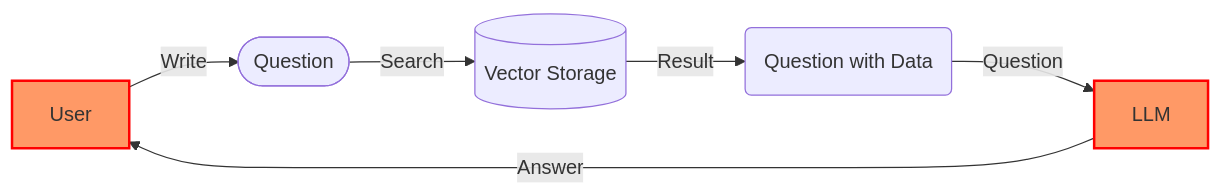
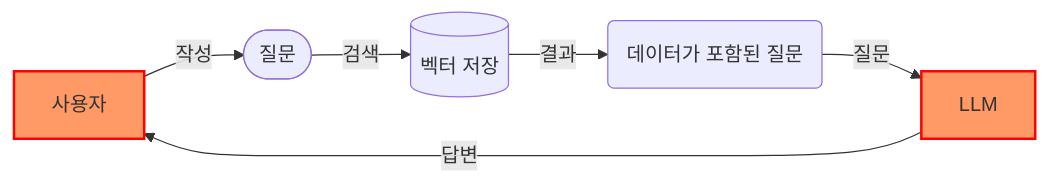
The diagram in ko/realbits/overview.md (realbits-lab/gitbook), drawn with Mermaid before and after one commit. The commit also changed other lines of this file, not shown here.

Commit message:
💬Generate LLM translations

````diff
--- a/ko/realbits/overview.md
+++ b/ko/realbits/overview.md
@@ -17,11 +17,11 @@
 ```mermaid
 graph LR
   style U fill:#f96,stroke:#f00,stroke-width:2px
   style L fill:#f96,stroke:#f00,stroke-width:2px
 
-  U["User"] -->|Write|Q(["Question"])
-  Q -->|Search|V[("Vector Storage")]
-  V -->|Result|T("Question with Data")
-  T -->|Question|L["LLM"]
-  L -->|Answer|U
+  U["사용자"] -->|작성|Q(["질문"])
+  Q -->|검색|V[("벡터 저장")]
+  V -->|결과|T("데이터가 포함된 질문")
+  T -->|질문|L["LLM"]
+  L -->|답변|U
 ```
````
